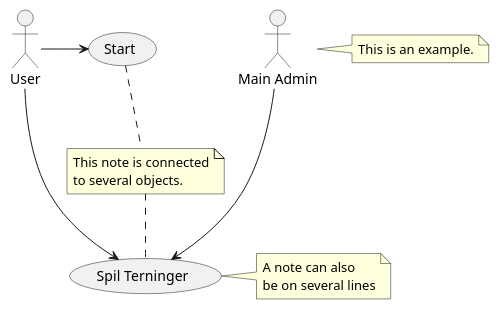
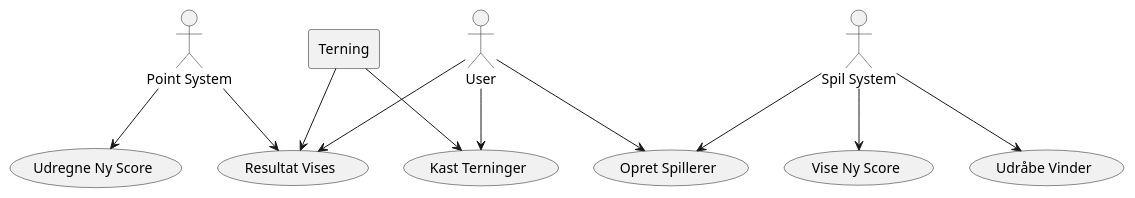
The diagram in G11_del1/src/main/java/SpilTerninger.puml (PhilipCramer/11_CDIO_SEMESTER1), drawn with PlantUML before and after one commit.

Commit message:
rettelser i UML usecase

```diff
--- a/G11_del1/src/main/java/SpilTerninger.puml
+++ b/G11_del1/src/main/java/SpilTerninger.puml
@@ -1,22 +1,25 @@
 @startuml
 'https://plantuml.com/use-case-diagram
 
-:Main Admin: as Admin
-(Spil Terninger) as (Use)
+agent Terning
+:Spil System: as Game
+:Point System: as Points
 
-User -> (Start)
-User --> (Use)
 
-Admin ---> (Use)
+User --> (Opret Spillerer)
+User --> (Resultat Vises)
+User --> (Kast Terninger)
 
-note right of Admin : This is an example.
+Terning --> (Kast Terninger)
+Terning --> (Resultat Vises)
 
-note right of (Use)
-A note can also
-be on several lines
-end note
+Game --> (Opret Spillerer)
+Game --> (Vise Ny Score)
+Game --> (Udråbe Vinder)
 
-note "This note is connected\nto several objects." as N2
-(Start) .. N2
-N2 .. (Use)
+Points --> (Resultat Vises)
+Points --> (Udregne Ny Score)
+
+
+
 @enduml
```
